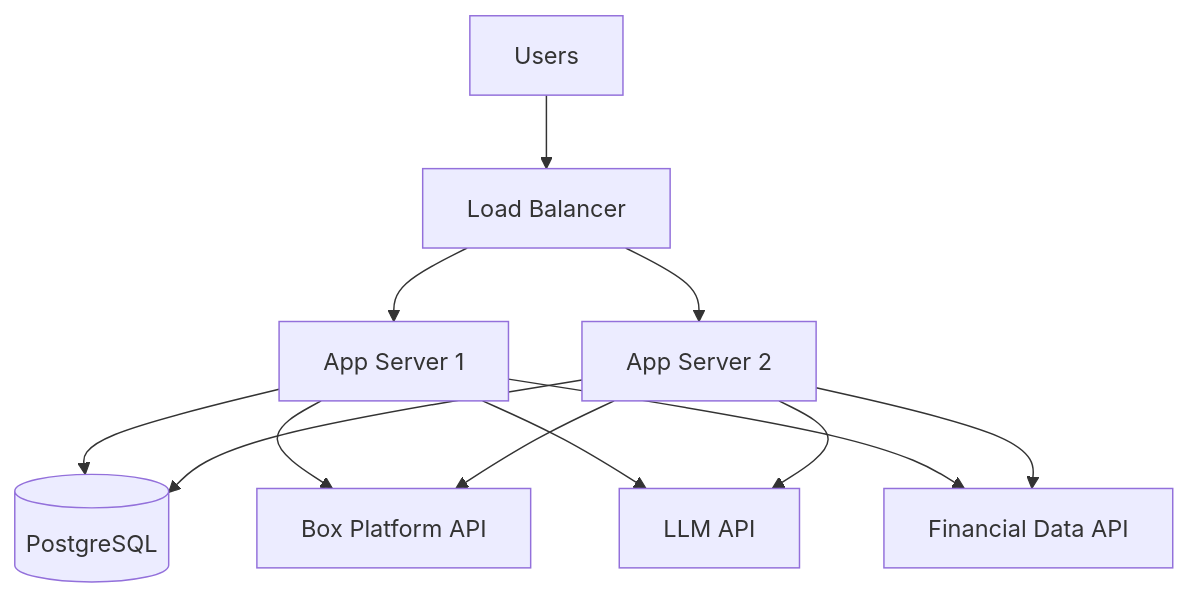
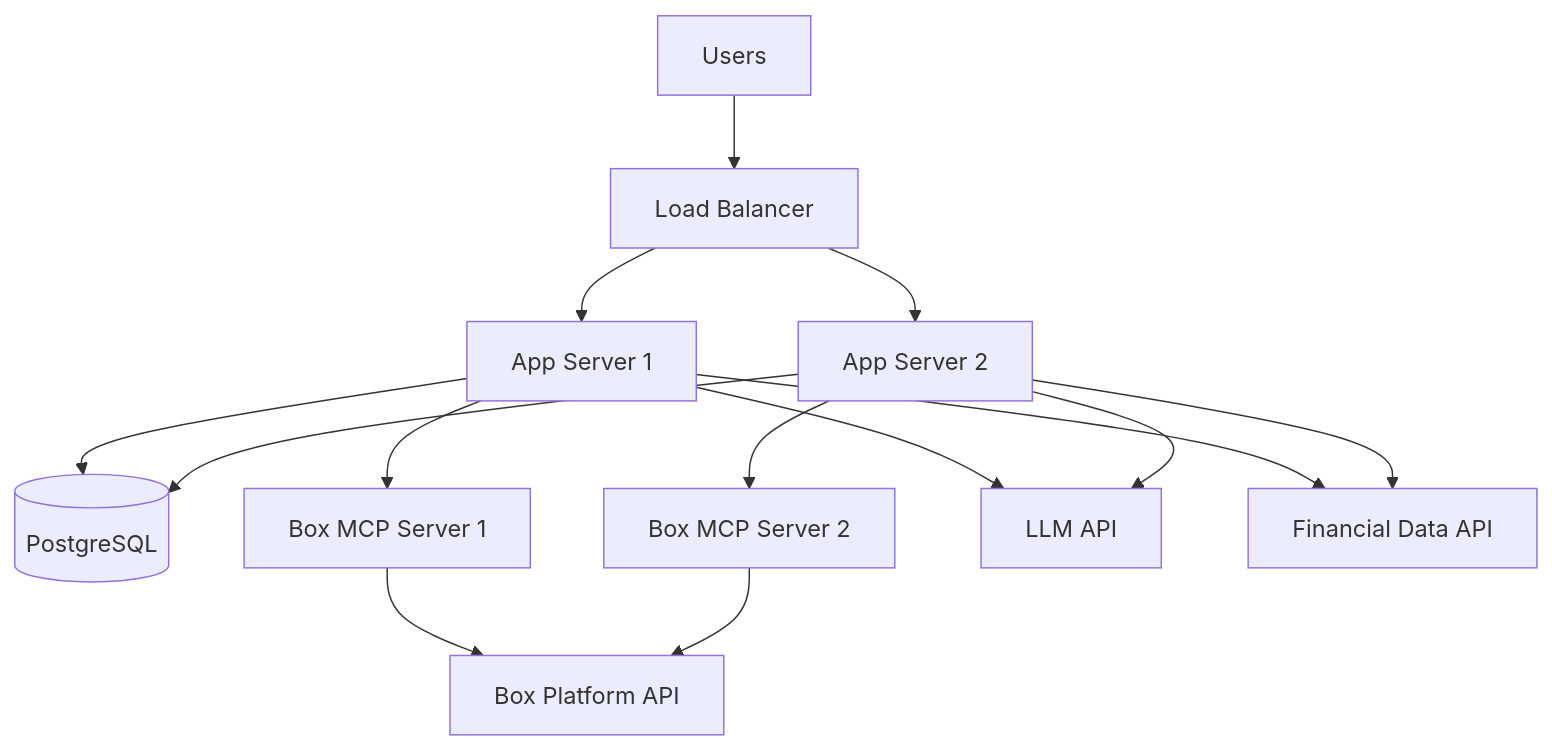
The second of 2 diagrams in .kiro/specs/company-credit-rating/design.md (mpatnode/creditiq), drawn with Mermaid before and after one commit. The commit also changed other lines of this file, not shown here.

Commit message:
Add Box MCP

````diff
--- a/.kiro/specs/company-credit-rating/design.md
+++ b/.kiro/specs/company-credit-rating/design.md
@@ -563,14 +558,16 @@
 ```mermaid
 graph TB
     Users[Users] --> LB[Load Balancer]
     LB --> App1[App Server 1]
     LB --> App2[App Server 2]
     App1 --> DB[(PostgreSQL)]
     App2 --> DB
-    App1 --> BoxAPI[Box Platform API]
-    App2 --> BoxAPI
+    App1 --> MCP1[Box MCP Server 1]
+    App2 --> MCP2[Box MCP Server 2]
+    MCP1 --> BoxAPI[Box Platform API]
+    MCP2 --> BoxAPI
     App1 --> LLMAPI[LLM API]
     App2 --> LLMAPI
     App1 --> FinAPI[Financial Data API]
     App2 --> FinAPI
 ```
````
